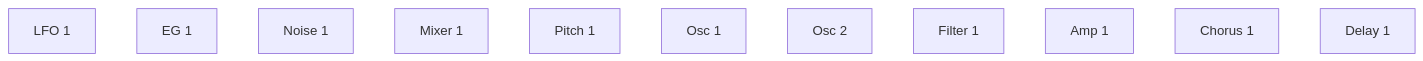
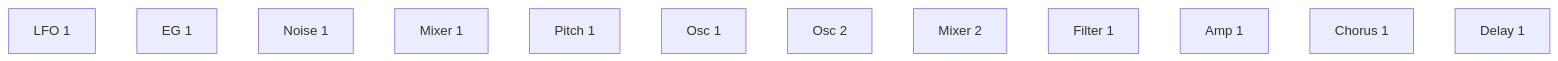
The second of 6 diagrams in spms1_type2/README.ja.md (risgk/midi_synthesizer_spms1), drawn with Mermaid before and after one commit. The commit also changed other lines of this file and 10 other files, not shown here.

````diff
--- a/spms1_type2/README.ja.md
+++ b/spms1_type2/README.ja.md
@@ -224,4 +226,4 @@
 ```mermaid
 flowchart LR
-  LFO[LFO 1] ~~~ EG[EG 1] ~~~ NOISE[Noise 1] ~~~ MIX1[Mixer 1] ~~~ PITCH[Pitch 1] ~~~ OSC[Osc 1] ~~~ OSC2[Osc 2] ~~~ FILTER[Filter 1] ~~~ AMP[Amp 1] ~~~ CHORUS[Chorus 1] ~~~ DELAY[Delay 1]
+  LFO[LFO 1] ~~~ EG[EG 1] ~~~ NOISE[Noise 1] ~~~ MIX1[Mixer 1] ~~~ PITCH[Pitch 1] ~~~ OSC[Osc 1] ~~~ OSC2[Osc 2] ~~~ MIX2[Mixer 2] ~~~ FILTER[Filter 1] ~~~ AMP[Amp 1] ~~~ CHORUS[Chorus 1] ~~~ DELAY[Delay 1]
 ```
````
